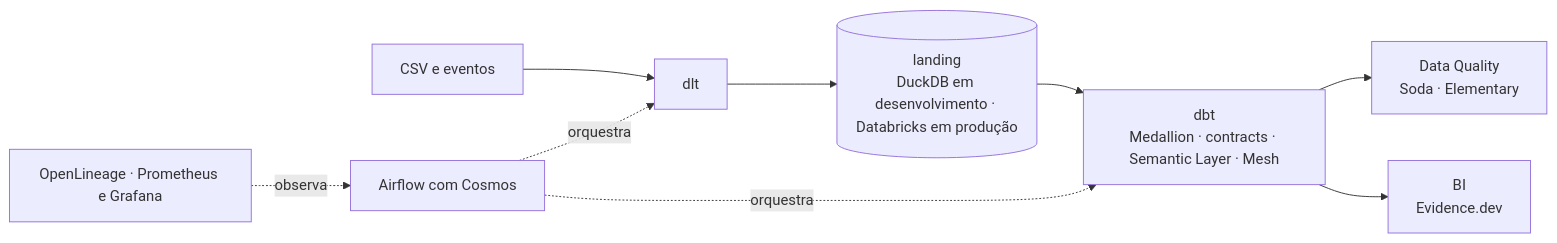
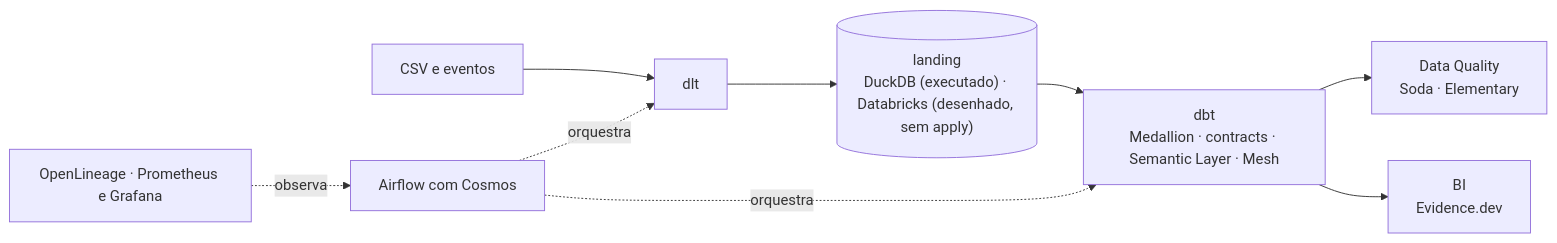
The first of 2 diagrams in README.md (alanjoffre/portfolio), drawn with Mermaid before and after one commit. The commit also changed other lines of this file, not shown here.

Commit message:
Portfólio: toll desenhado para Databricks (sem apply) e fraude sem Spark

````diff
--- a/README.md
+++ b/README.md
@@ -35,11 +35,11 @@
 ```mermaid
 flowchart LR
   SRC["CSV e eventos"] --> ING["dlt"]
-  ING --> LAND[("landing<br/>DuckDB em desenvolvimento · Databricks em produção")]
+  ING --> LAND[("landing<br/>DuckDB (executado) · Databricks (desenhado, sem apply)")]
   LAND --> T["dbt<br/>Medallion · contracts · Semantic Layer · Mesh"]
   T --> DQ["Data Quality<br/>Soda · Elementary"]
   T --> BI["BI<br/>Evidence.dev"]
   ORCH["Airflow com Cosmos"] -.->|orquestra| ING
   ORCH -.->|orquestra| T
   OBS["OpenLineage · Prometheus e Grafana"] -.->|observa| ORCH
 ```
````
